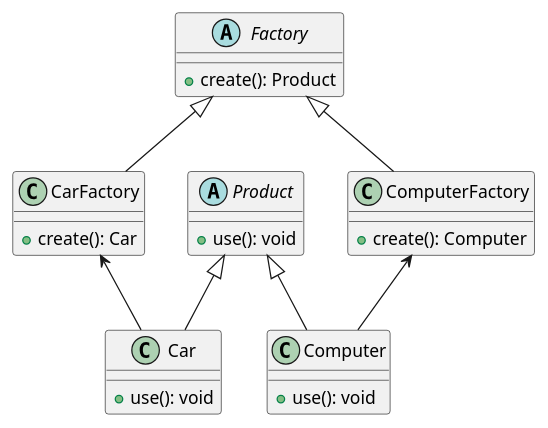
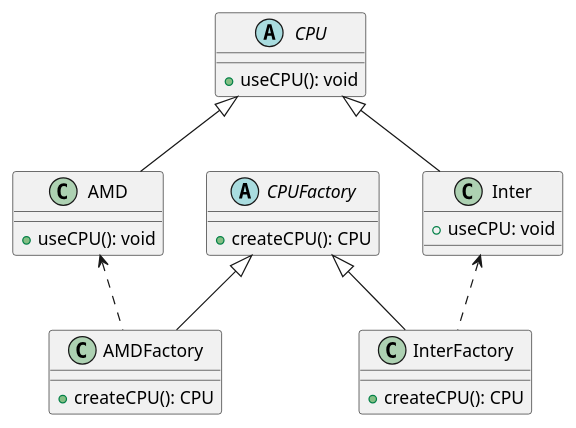
One commit to wenfujing/design-pattern changed the diagram in factory-method/resources/factory-method.puml. Above: the diagram before and after it, drawn with PlantUML. The commit also changed 19 other files, not shown here.

```diff
--- a/factory-method/resources/factory-method.puml
+++ b/factory-method/resources/factory-method.puml
@@ -1,22 +1,25 @@
 @startuml
-abstract Factory {
-    + create(): Product
+abstract class CPUFactory {
+    + createCPU(): CPU
 }
-class CarFactory extends Factory {
-    + create(): Car
+abstract class CPU {
+    + useCPU(): void
 }
-class ComputerFactory extends Factory {
-    + create(): Computer
+
+class AMDFactory extends CPUFactory {
+    + createCPU(): CPU
 }
-abstract Product {
-    + use(): void
+class InterFactory extends CPUFactory {
+    + createCPU(): CPU
 }
-class Car extends Product {
-    + use(): void
+
+class AMD extends CPU {
+    + useCPU(): void
 }
-class Computer extends Product {
-    + use(): void
+class Inter extends CPU {
+    + useCPU: void
 }
-CarFactory <-- Car
-ComputerFactory <-- Computer
+
+AMD <.. AMDFactory
+Inter <.. InterFactory
 @enduml
```
